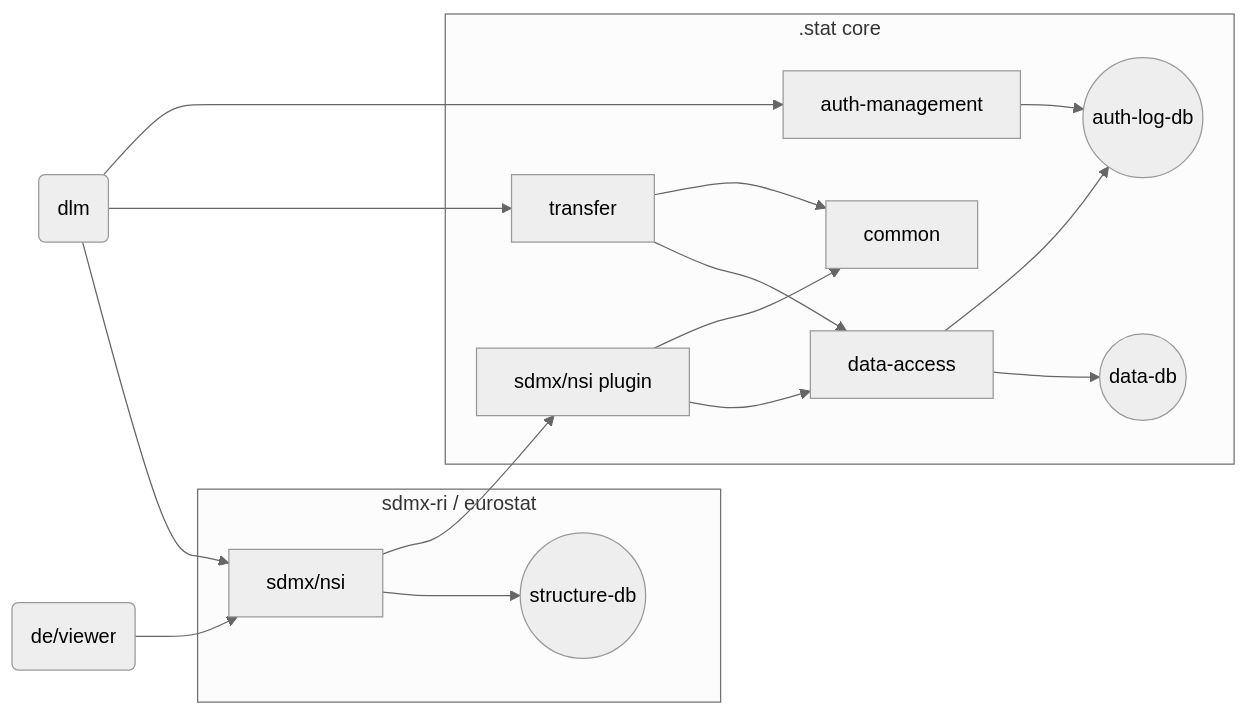
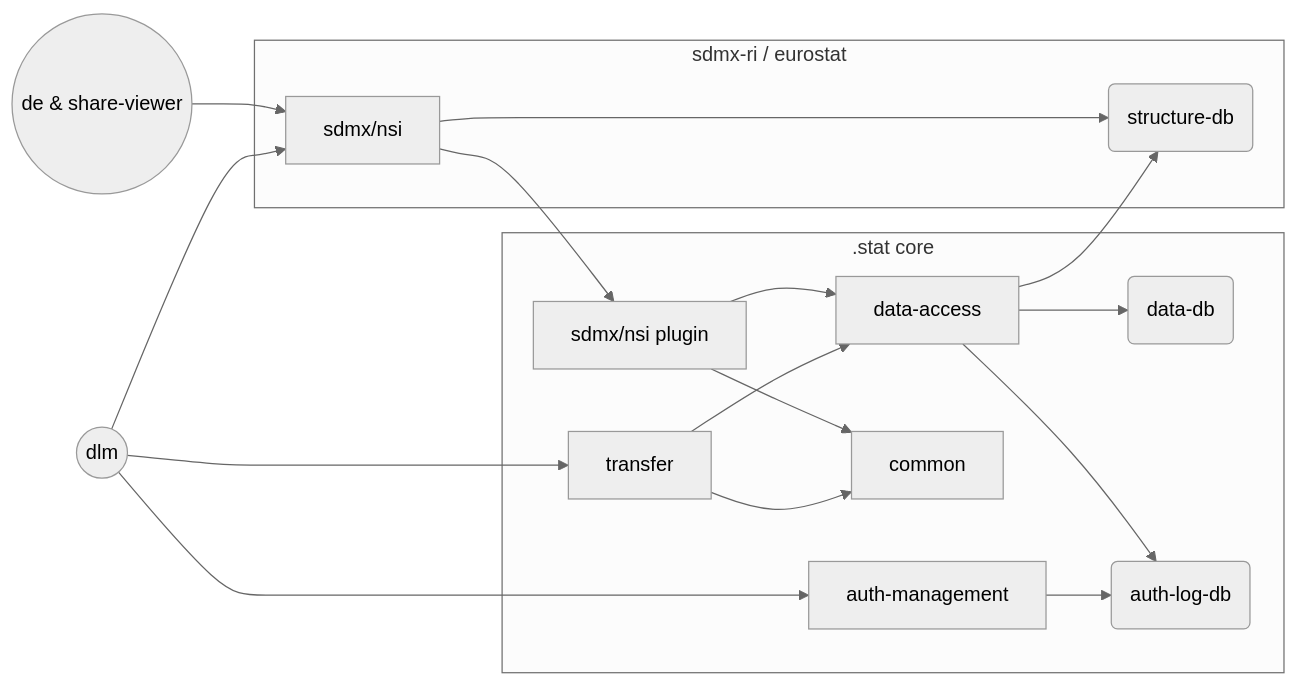
The fifth of 8 diagrams in content/getting started/framework.md (mmiranda222/.statsuite), drawn with Mermaid (neutral theme) before and after one commit. The commit also changed other lines of this file, not shown here.

````diff
--- a/content/getting started/framework.md
+++ b/content/getting started/framework.md
@@ -452,33 +464,33 @@
 ```mermaid
 graph LR
-id1(de/viewer)
-id2(dlm)
+id1((de & share-viewer))
+id2((dlm))
 id3[sdmx/nsi]
 id4[sdmx/nsi plugin]
 id5[transfer]
 id6[data-access]
 id7[common]
-id8((structure-db))
-id9((data-db))
+id8(structure-db)
+id9(data-db)
 id10[auth-management]
-id11((auth-log-db))
+id11(auth-log-db)
 
 id1 --> id3
 id2 --> id3
 id2 --> id5
 id2 --> id10
 subgraph sdmx-ri / eurostat
   id3 --> id8
 end
 subgraph .stat core
   id3 --> id4
   id4 --> id6
   id4 --> id7
   id5 --> id6
   id5 --> id7
   id6 --> id9
   id6 --> id11
   id10 --> id11
 end
-
+id6 --> id8
 ```
````
